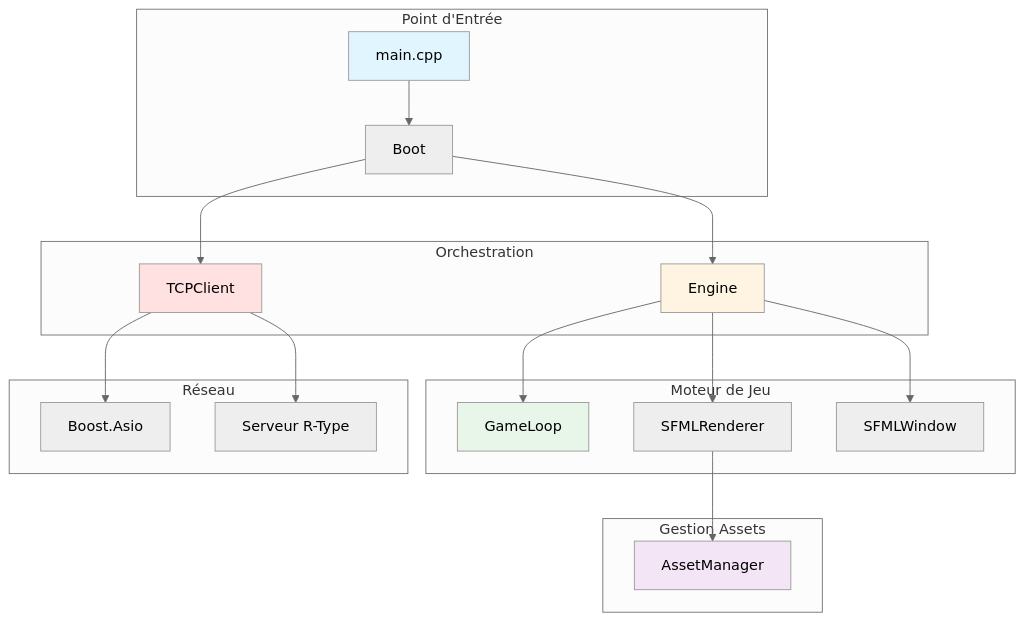
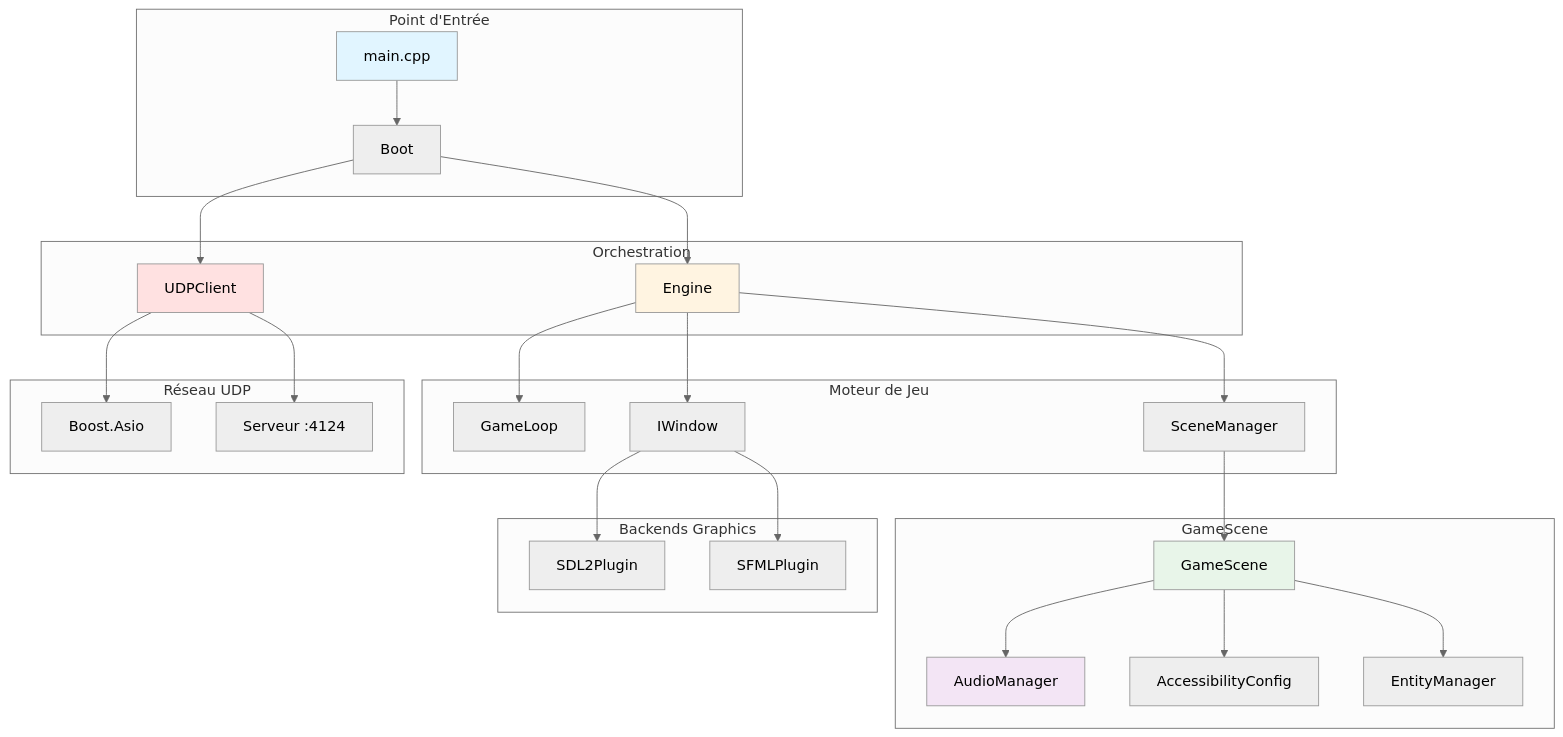
Before and after one commit to ChrisG-L/rtype: the first of 2 diagrams in docs/client/index.md, drawn with Mermaid (neutral theme). The commit also changed other lines of this file and 7 other files, not shown here.

````diff
--- a/docs/client/index.md
+++ b/docs/client/index.md
@@ -125,32 +130,40 @@
 ```mermaid
 graph TB
     subgraph "Point d'Entrée"
         A[main.cpp] --> B[Boot]
     end
 
     subgraph "Orchestration"
         B --> C[Engine]
-        B --> D[TCPClient]
+        B --> D[UDPClient]
     end
 
     subgraph "Moteur de Jeu"
         C --> E[GameLoop]
-        C --> F[SFMLRenderer]
-        C --> G[SFMLWindow]
+        C --> F[SceneManager]
+        C --> G[IWindow]
     end
 
-    subgraph "Gestion Assets"
-        F --> H[AssetManager]
+    subgraph "GameScene"
+        F --> H[GameScene]
+        H --> I[AudioManager]
+        H --> J[AccessibilityConfig]
+        H --> K[EntityManager]
     end
 
-    subgraph "Réseau"
-        D --> I[Boost.Asio]
-        D --> J[Serveur R-Type]
+    subgraph "Backends Graphics"
+        G --> L[SDL2Plugin]
+        G --> M[SFMLPlugin]
+    end
+
+    subgraph "Réseau UDP"
+        D --> N[Boost.Asio]
+        D --> O[Serveur :4124]
     end
 
     style A fill:#e1f5ff
     style C fill:#fff4e1
     style D fill:#ffe1e1
-    style E fill:#e8f5e9
-    style H fill:#f3e5f5
+    style H fill:#e8f5e9
+    style I fill:#f3e5f5
 ```
````
